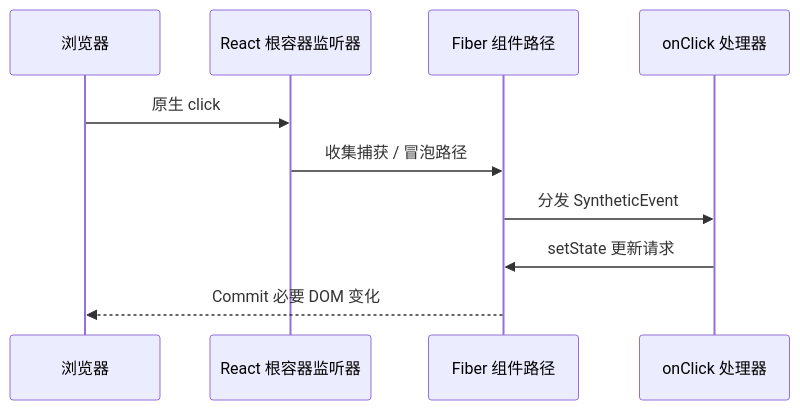
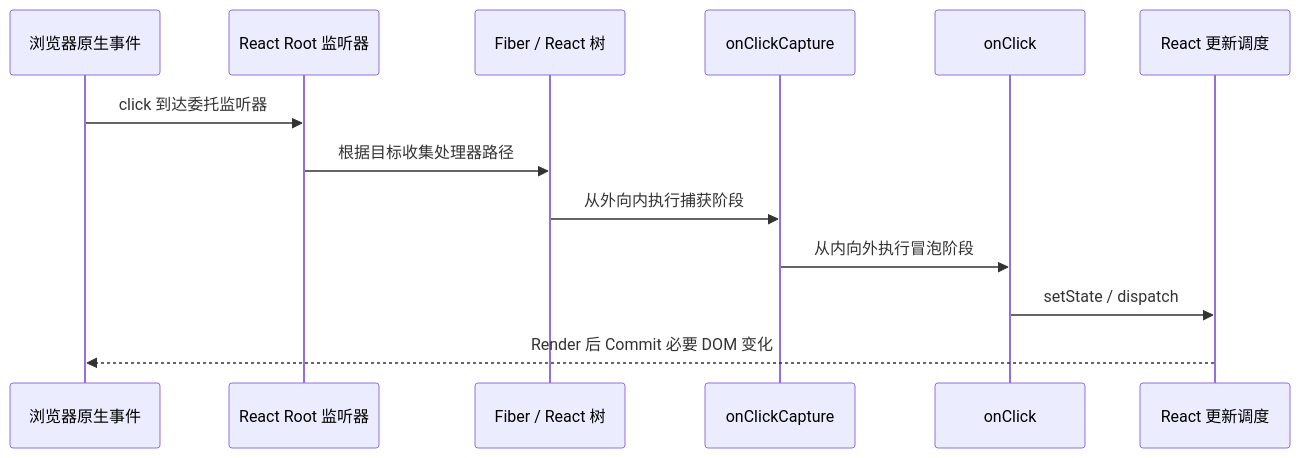
The fifth of 8 diagrams in docs/react-interview/react-core-and-component-model.md (2530622506/interView-writing-), drawn with Mermaid before and after one commit. The commit also changed other lines of this file and 8 other files, not shown here.

````diff
--- a/docs/react-interview/react-core-and-component-model.md
+++ b/docs/react-interview/react-core-and-component-model.md
@@ -352,12 +586,16 @@
 ```mermaid
 sequenceDiagram
-  participant Browser as 浏览器
-  participant Root as React 根容器监听器
-  participant Fiber as Fiber 组件路径
-  participant Handler as onClick 处理器
-  Browser->>Root: 原生 click
-  Root->>Fiber: 收集捕获 / 冒泡路径
-  Fiber->>Handler: 分发 SyntheticEvent
-  Handler->>Fiber: setState 更新请求
-  Fiber-->>Browser: Commit 必要 DOM 变化
+  participant Browser as 浏览器原生事件
+  participant Root as React Root 监听器
+  participant Tree as Fiber / React 树
+  participant Capture as onClickCapture
+  participant Bubble as onClick
+  participant Scheduler as React 更新调度
+
+  Browser->>Root: click 到达委托监听器
+  Root->>Tree: 根据目标收集处理器路径
+  Tree->>Capture: 从外向内执行捕获阶段
+  Capture->>Bubble: 从内向外执行冒泡阶段
+  Bubble->>Scheduler: setState / dispatch
+  Scheduler-->>Browser: Render 后 Commit 必要 DOM 变化
 ```
````
